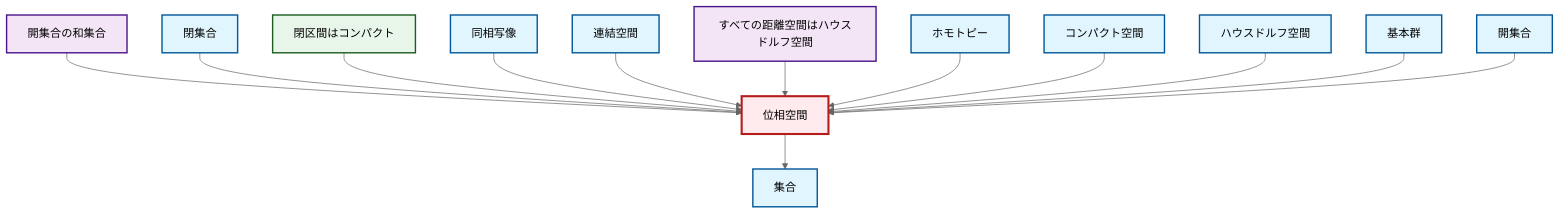
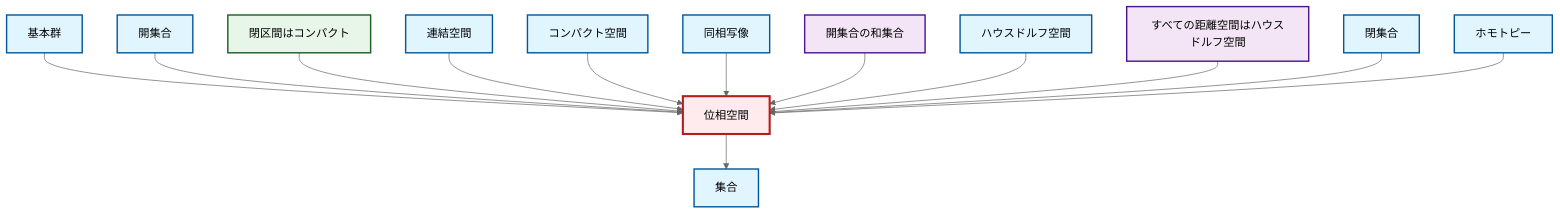
Before and after one commit to RK0429/ModernMath: the diagram in output/mermaid/ja/def-topological-space.mermaid, drawn with Mermaid (neutral theme). The commit also changed other lines of this file and 3098 other files, not shown here.

```diff
--- a/output/mermaid/ja/def-topological-space.mermaid
+++ b/output/mermaid/ja/def-topological-space.mermaid
@@ -1,32 +1,32 @@
 graph TD
     classDef definition fill:#e1f5fe,stroke:#01579b,stroke-width:2px
     classDef theorem fill:#f3e5f5,stroke:#4a148c,stroke-width:2px
     classDef axiom fill:#fff3e0,stroke:#e65100,stroke-width:2px
     classDef example fill:#e8f5e9,stroke:#1b5e20,stroke-width:2px
     classDef current fill:#ffebee,stroke:#b71c1c,stroke-width:3px
+    def-compact["コンパクト空間"]:::definition
+    def-hausdorff["ハウスドルフ空間"]:::definition
+    def-homeomorphism["同相写像"]:::definition
+    def-set["集合"]:::definition
+    def-connected["連結空間"]:::definition
+    def-fundamental-group["基本群"]:::definition
     def-closed-set["閉集合"]:::definition
-    def-hausdorff["ハウスドルフ空間"]:::definition
+    thm-metric-hausdorff["すべての距離空間はハウスドルフ空間"]:::theorem
+    def-homotopy["ホモトピー"]:::definition
     ex-closed-interval-compact["閉区間はコンパクト"]:::example
-    def-connected["連結空間"]:::definition
     def-open-set["開集合"]:::definition
+    thm-union-open-sets["開集合の和集合"]:::theorem
     def-topological-space["位相空間"]:::definition
-    def-compact["コンパクト空間"]:::definition
-    thm-union-open-sets["開集合の和集合"]:::theorem
-    thm-metric-hausdorff["すべての距離空間はハウスドルフ空間"]:::theorem
-    def-fundamental-group["基本群"]:::definition
-    def-homeomorphism["同相写像"]:::definition
-    def-homotopy["ホモトピー"]:::definition
-    def-set["集合"]:::definition
-    thm-union-open-sets --> def-topological-space
-    def-closed-set --> def-topological-space
-    ex-closed-interval-compact --> def-topological-space
-    def-homeomorphism --> def-topological-space
-    def-connected --> def-topological-space
-    thm-metric-hausdorff --> def-topological-space
-    def-homotopy --> def-topological-space
-    def-compact --> def-topological-space
-    def-topological-space --> def-set
-    def-hausdorff --> def-topological-space
     def-fundamental-group --> def-topological-space
     def-open-set --> def-topological-space
+    ex-closed-interval-compact --> def-topological-space
+    def-connected --> def-topological-space
+    def-compact --> def-topological-space
+    def-homeomorphism --> def-topological-space
+    thm-union-open-sets --> def-topological-space
+    def-hausdorff --> def-topological-space
+    def-topological-space --> def-set
+    thm-metric-hausdorff --> def-topological-space
+    def-closed-set --> def-topological-space
+    def-homotopy --> def-topological-space
     class def-topological-space current
```
